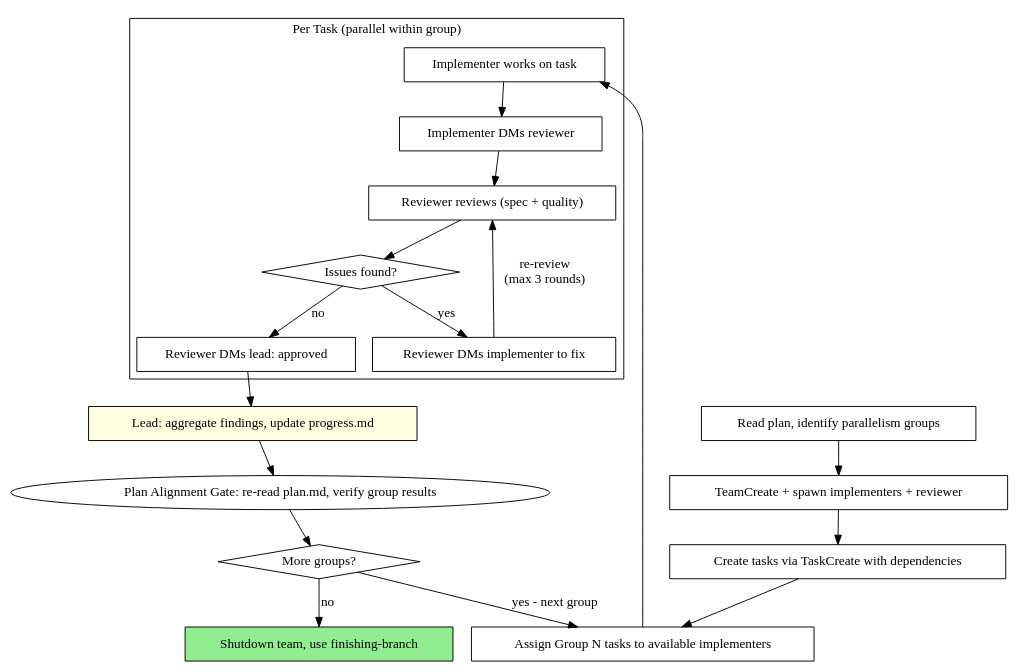
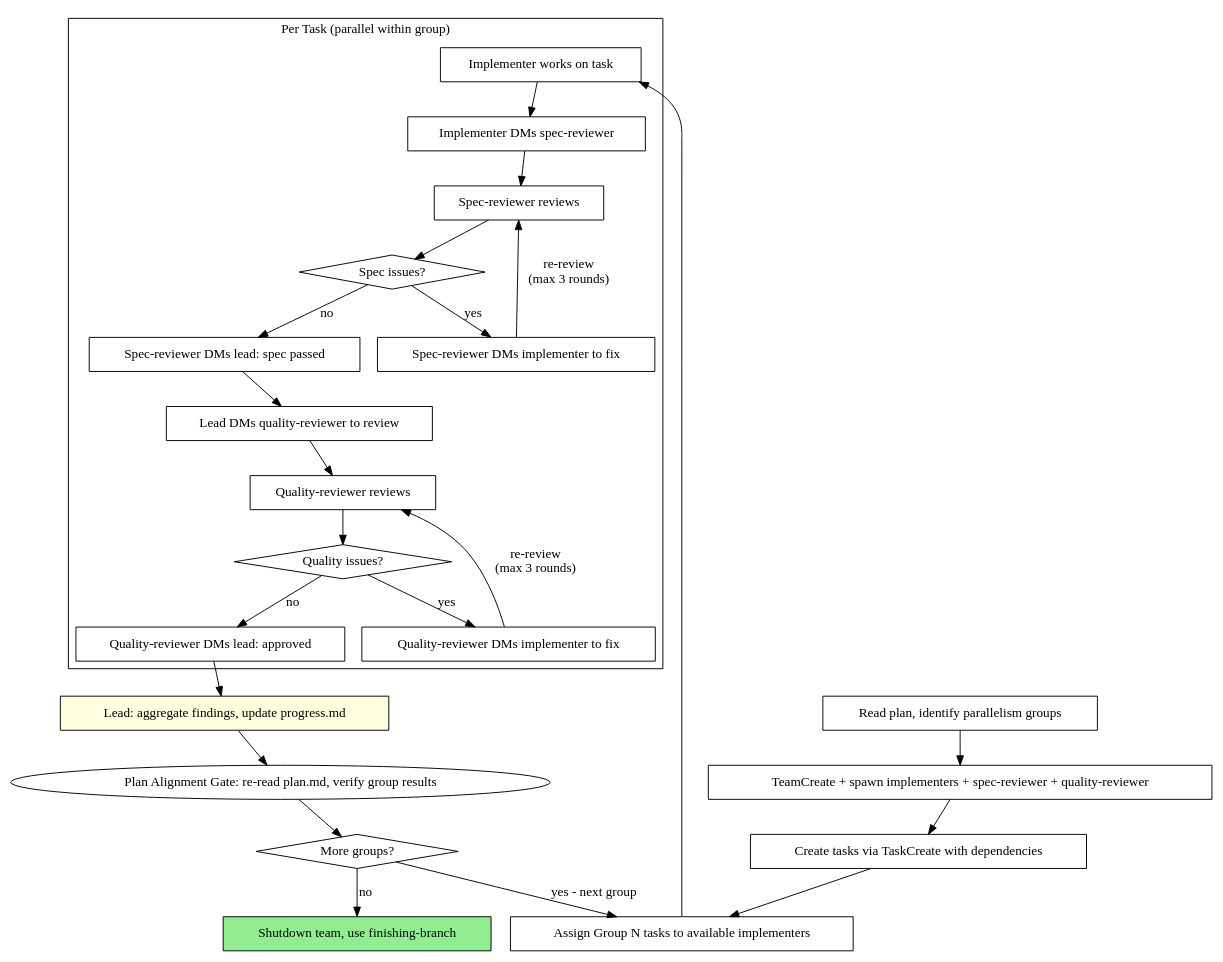
The second of 2 diagrams in skills/team-driven/SKILL.md (SipengXie2024/superpower-planning), drawn with Graphviz before and after one commit. The commit also changed other lines of this file and 3 other files, not shown here.

First line of the commit message:
refactor: split team-driven reviewer into spec-reviewer and quality-reviewer

````diff
--- a/skills/team-driven/SKILL.md
+++ b/skills/team-driven/SKILL.md
@@ -92,40 +98,51 @@
 ```dot
 digraph process {
     rankdir=TB;
 
     "Read plan, identify parallelism groups" [shape=box];
-    "TeamCreate + spawn implementers + reviewer" [shape=box];
+    "TeamCreate + spawn implementers + spec-reviewer + quality-reviewer" [shape=box];
     "Create tasks via TaskCreate with dependencies" [shape=box];
     "Assign Group N tasks to available implementers" [shape=box];
 
     subgraph cluster_per_task {
         label="Per Task (parallel within group)";
         "Implementer works on task" [shape=box];
-        "Implementer DMs reviewer" [shape=box];
-        "Reviewer reviews (spec + quality)" [shape=box];
-        "Issues found?" [shape=diamond];
-        "Reviewer DMs implementer to fix" [shape=box];
-        "Reviewer DMs lead: approved" [shape=box];
+        "Implementer DMs spec-reviewer" [shape=box];
+        "Spec-reviewer reviews" [shape=box];
+        "Spec issues?" [shape=diamond];
+        "Spec-reviewer DMs implementer to fix" [shape=box];
+        "Spec-reviewer DMs lead: spec passed" [shape=box];
+        "Lead DMs quality-reviewer to review" [shape=box];
+        "Quality-reviewer reviews" [shape=box];
+        "Quality issues?" [shape=diamond];
+        "Quality-reviewer DMs implementer to fix" [shape=box];
+        "Quality-reviewer DMs lead: approved" [shape=box];
     }
 
     "Lead: aggregate findings, update progress.md" [shape=box style=filled fillcolor=lightyellow];
     "More groups?" [shape=diamond];
     "Shutdown team, use finishing-branch" [shape=box style=filled fillcolor=lightgreen];
 
-    "Read plan, identify parallelism groups" -> "TeamCreate + spawn implementers + reviewer";
-    "TeamCreate + spawn implementers + reviewer" -> "Create tasks via TaskCreate with dependencies";
+    "Read plan, identify parallelism groups" -> "TeamCreate + spawn implementers + spec-reviewer + quality-reviewer";
+    "TeamCreate + spawn implementers + spec-reviewer + quality-reviewer" -> "Create tasks via TaskCreate with dependencies";
     "Create tasks via TaskCreate with dependencies" -> "Assign Group N tasks to available implementers";
     "Assign Group N tasks to available implementers" -> "Implementer works on task";
-    "Implementer works on task" -> "Implementer DMs reviewer";
-    "Implementer DMs reviewer" -> "Reviewer reviews (spec + quality)";
-    "Reviewer reviews (spec + quality)" -> "Issues found?";
-    "Issues found?" -> "Reviewer DMs implementer to fix" [label="yes"];
-    "Reviewer DMs implementer to fix" -> "Reviewer reviews (spec + quality)" [label="re-review\n(max 3 rounds)"];
-    "Issues found?" -> "Reviewer DMs lead: approved" [label="no"];
-    "Reviewer DMs lead: approved" -> "Lead: aggregate findings, update progress.md";
+    "Implementer works on task" -> "Implementer DMs spec-reviewer";
+    "Implementer DMs spec-reviewer" -> "Spec-reviewer reviews";
+    "Spec-reviewer reviews" -> "Spec issues?";
+    "Spec issues?" -> "Spec-reviewer DMs implementer to fix" [label="yes"];
+    "Spec-reviewer DMs implementer to fix" -> "Spec-reviewer reviews" [label="re-review\n(max 3 rounds)"];
+    "Spec issues?" -> "Spec-reviewer DMs lead: spec passed" [label="no"];
+    "Spec-reviewer DMs lead: spec passed" -> "Lead DMs quality-reviewer to review";
+    "Lead DMs quality-reviewer to review" -> "Quality-reviewer reviews";
+    "Quality-reviewer reviews" -> "Quality issues?";
+    "Quality issues?" -> "Quality-reviewer DMs implementer to fix" [label="yes"];
+    "Quality-reviewer DMs implementer to fix" -> "Quality-reviewer reviews" [label="re-review\n(max 3 rounds)"];
+    "Quality issues?" -> "Quality-reviewer DMs lead: approved" [label="no"];
+    "Quality-reviewer DMs lead: approved" -> "Lead: aggregate findings, update progress.md";
     "Lead: aggregate findings, update progress.md" -> "Plan Alignment Gate: re-read plan.md, verify group results";
     "Plan Alignment Gate: re-read plan.md, verify group results" -> "More groups?";
     "More groups?" -> "Assign Group N tasks to available implementers" [label="yes - next group"];
     "More groups?" -> "Shutdown team, use finishing-branch" [label="no"];
 }
 ```
````
